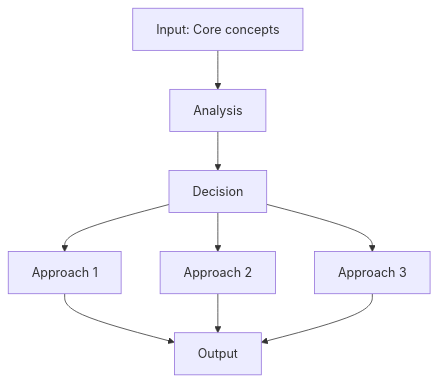
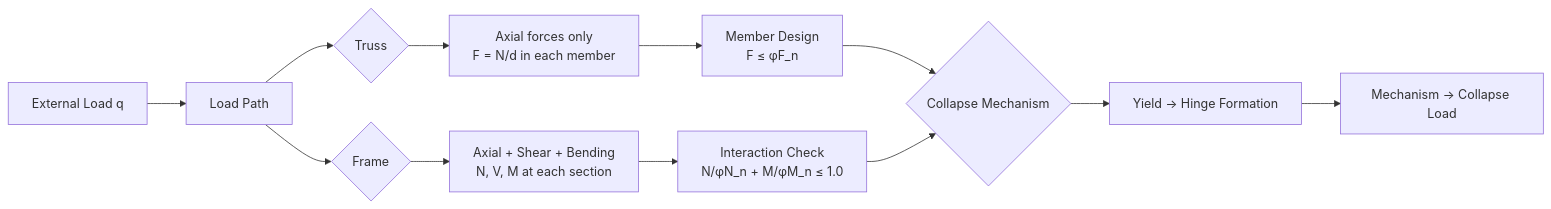
The first of 7 diagrams in MIT_CEE_Core/Track_2_Mechanics_Materials/Structural_Design/03_1.036_Structural_Mechanics_and_Design.md (yip-lgtm/civil-bootcamp), drawn with Mermaid before and after one commit. The commit also changed other lines of this file and 21 other files, not shown here.

````diff
--- a/MIT_CEE_Core/Track_2_Mechanics_Materials/Structural_Design/03_1.036_Structural_Mechanics_and_Design.md
+++ b/MIT_CEE_Core/Track_2_Mechanics_Materials/Structural_Design/03_1.036_Structural_Mechanics_and_Design.md
@@ -91,11 +97,14 @@
 ```mermaid
-graph TD
-    A[Input: Core concepts] --> B[Analysis]
-    B --> C[Decision]
-    C --> D[Approach 1]
-    C --> E[Approach 2]
-    C --> F[Approach 3]
-    D --> G[Output]
-    E --> G
-    F --> G
+graph LR
+    A[External Load q] --> B[Load Path]
+    B --> C{Truss}
+    B --> D{Frame}
+    C --> E[Axial forces only<br/>F = N/d in each member]
+    D --> F[Axial + Shear + Bending<br/>N, V, M at each section]
+    E --> G[Member Design<br/>F ≤ φF_n]
+    F --> H[Interaction Check<br/>N/φN_n + M/φM_n ≤ 1.0]
+    G --> I{Collapse Mechanism}
+    H --> I
+    I --> J[Yield → Hinge Formation]
+    J --> K[Mechanism → Collapse Load]
 ```
````
